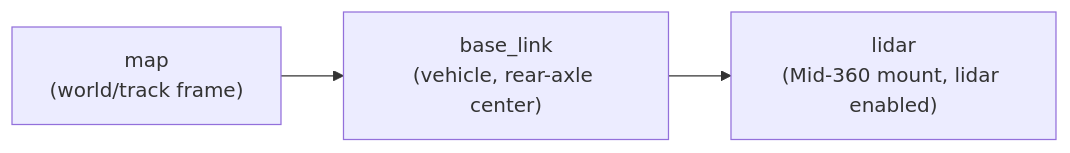
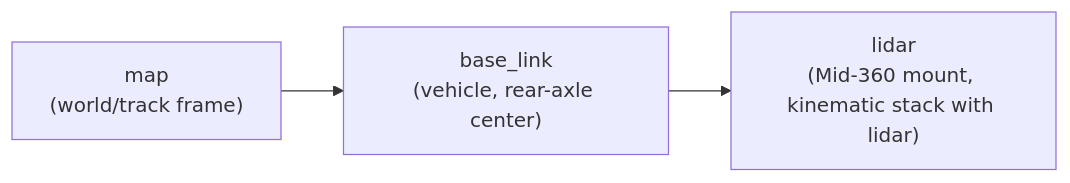
Before and after one commit to LonghornRacingElectric/lhre: the seventh of 8 diagrams in autonomy/ros2/README.md, drawn with Mermaid. The commit also changed other lines of this file and 29 other files, not shown here.

````diff
--- a/autonomy/ros2/README.md
+++ b/autonomy/ros2/README.md
@@ -518,5 +543,5 @@
 ```mermaid
 flowchart LR
     map["map<br>(world/track frame)"] --> base["base_link<br>(vehicle, rear-axle center)"]
-    base --> lidar["lidar<br>(Mid-360 mount, lidar enabled)"]
+    base --> lidar["lidar<br>(Mid-360 mount, kinematic stack with lidar)"]
 ```
````
